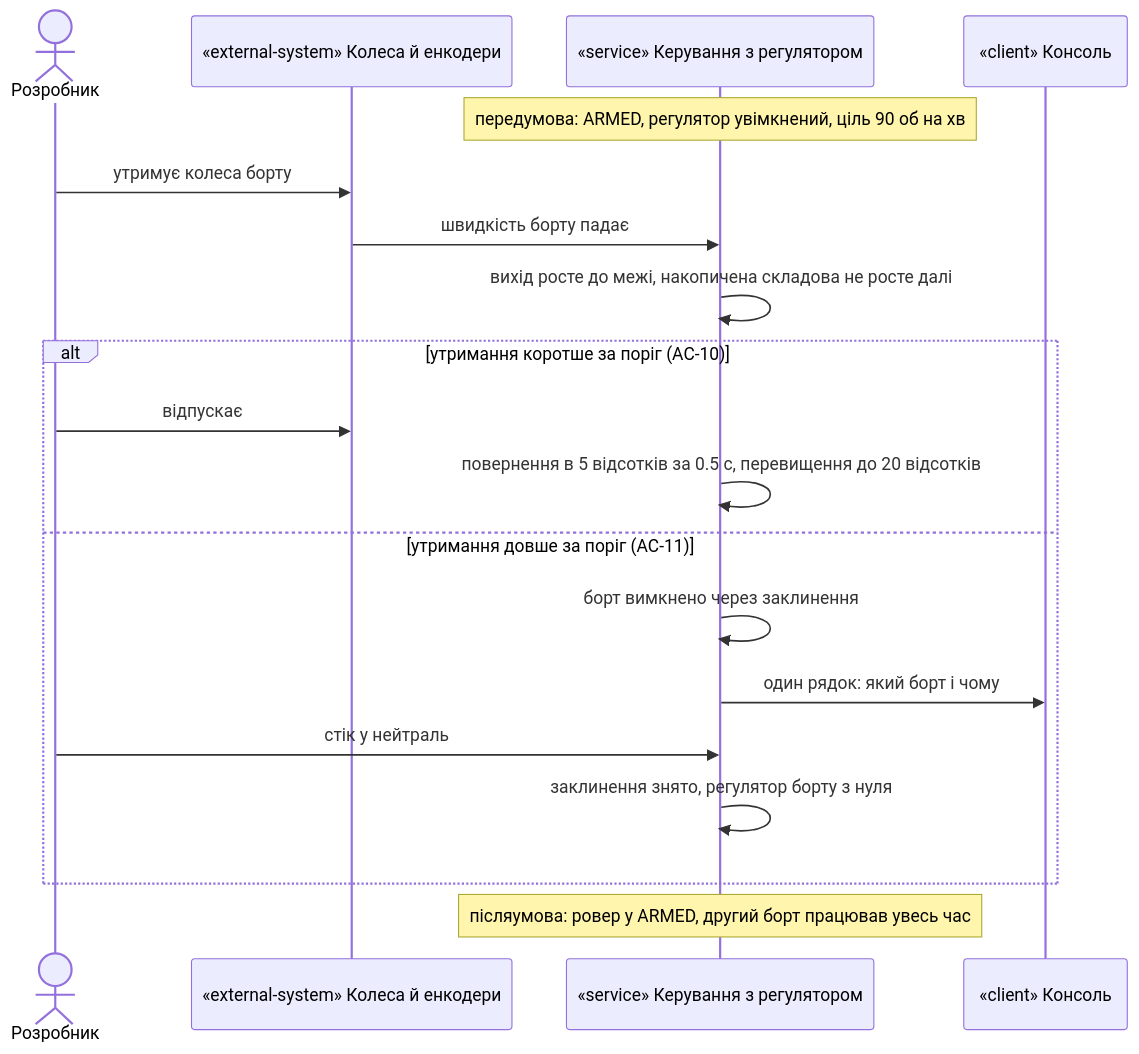
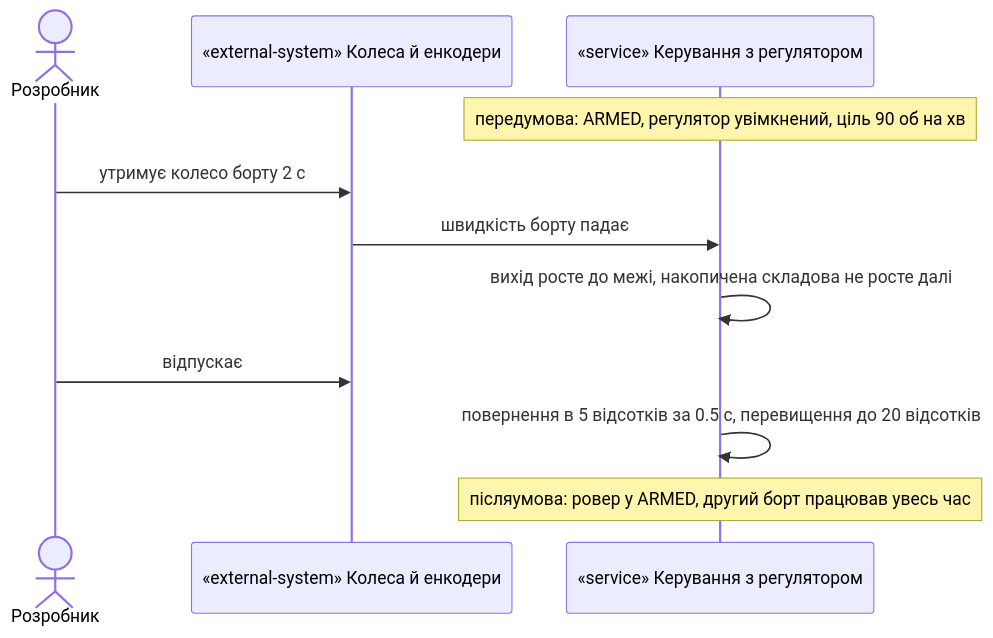
The fifth of 7 diagrams in docs/features/phase5-pid/sad.md (12romis/esp32-elrs-rover), drawn with Mermaid before and after one commit. The commit also changed other lines of this file, not shown here.

Commit message:
sequences: phase5-pid sad.md runtime flows (потік 5, без заклинювання)

````diff
--- a/docs/features/phase5-pid/sad.md
+++ b/docs/features/phase5-pid/sad.md
@@ -258,21 +256,13 @@
 ```mermaid
 sequenceDiagram
     actor Dev as Розробник
     participant WH as «external-system» Колеса й енкодери
     participant CT as «service» Керування з регулятором
-    participant CON as «client» Консоль
     Note over CT: передумова: ARMED, регулятор увімкнений, ціль 90 об на хв
-    Dev->>WH: утримує колеса борту
+    Dev->>WH: утримує колесо борту 2 с
     WH->>CT: швидкість борту падає
     CT->>CT: вихід росте до межі, накопичена складова не росте далі
-    alt утримання коротше за поріг (AC-10)
-        Dev->>WH: відпускає
-        CT->>CT: повернення в 5 відсотків за 0.5 с, перевищення до 20 відсотків
-    else утримання довше за поріг (AC-11)
-        CT->>CT: борт вимкнено через заклинення
-        CT->>CON: один рядок: який борт і чому
-        Dev->>CT: стік у нейтраль
-        CT->>CT: заклинення знято, регулятор борту з нуля
-    end
+    Dev->>WH: відпускає
+    CT->>CT: повернення в 5 відсотків за 0.5 с, перевищення до 20 відсотків
     Note over CT: післяумова: ровер у ARMED, другий борт працював увесь час
 ```
````
